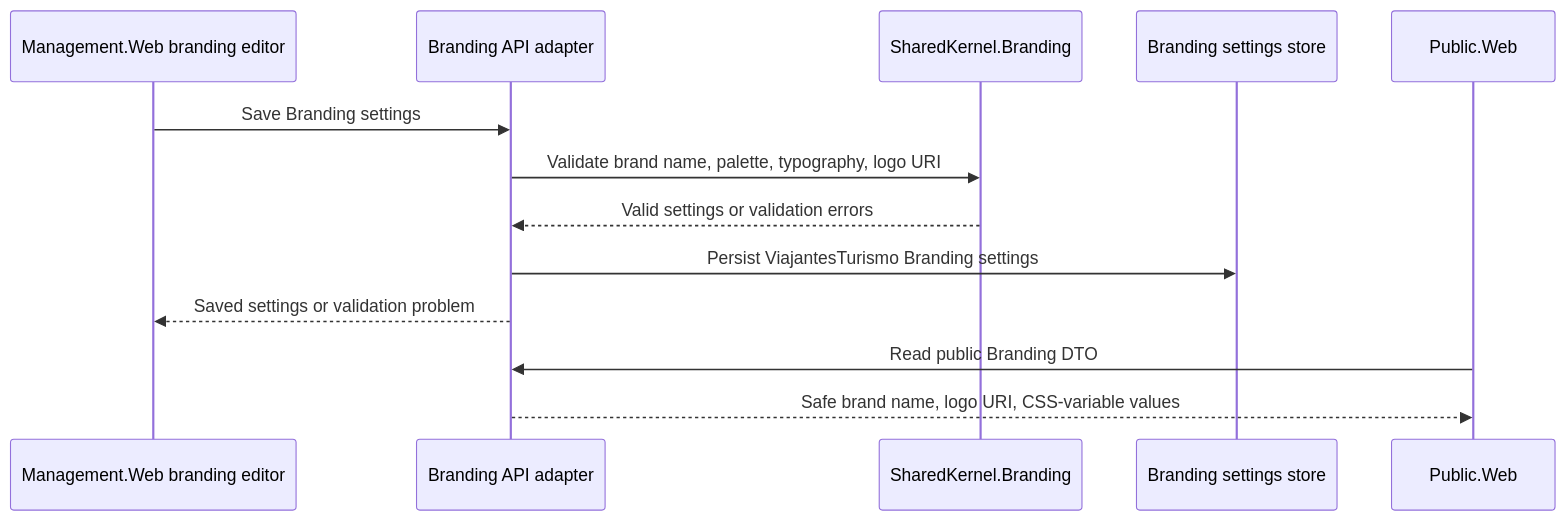
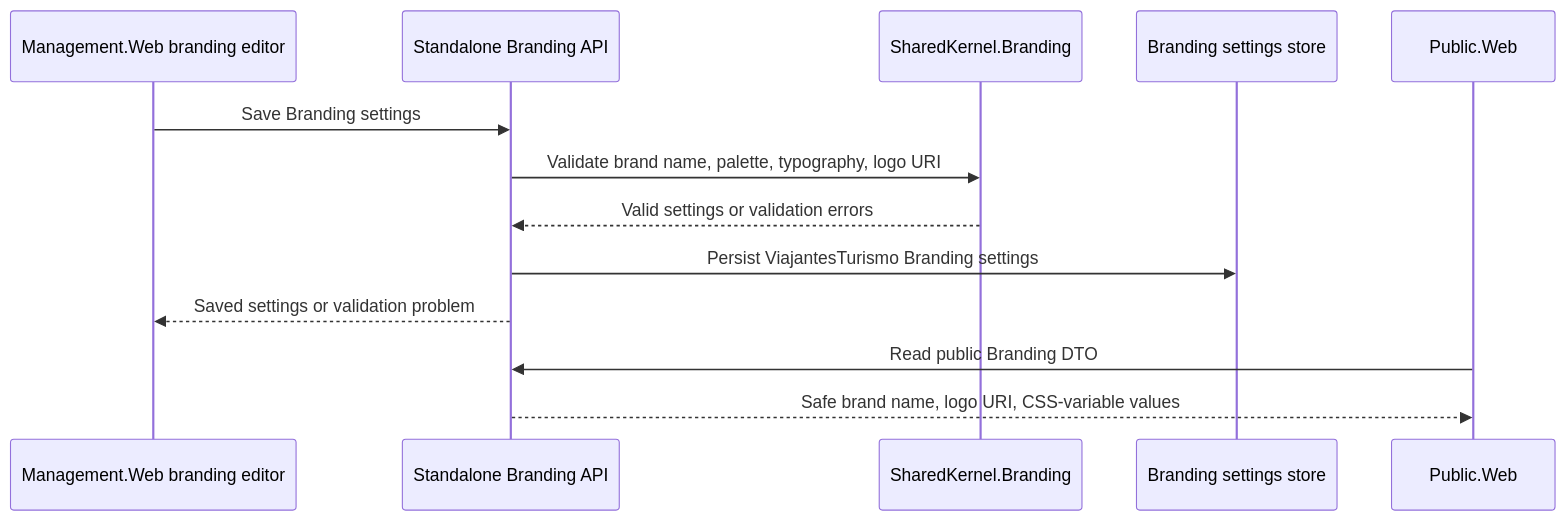
The ninth of 12 diagrams in docs/architecture/FLOWS.md (danigutsch/ViajantesTurismo), drawn with Mermaid before and after one commit. The commit also changed other lines of this file and 17 other files, not shown here.

Commit message:
docs(architecture): define branding module co-hosting

````diff
--- a/docs/architecture/FLOWS.md
+++ b/docs/architecture/FLOWS.md
@@ -314,16 +317,16 @@
 ```mermaid
 sequenceDiagram
     participant Editor as Management.Web branding editor
-    participant API as Branding API adapter
+    participant API as Standalone Branding API
     participant Core as SharedKernel.Branding
     participant Store as Branding settings store
     participant Public as Public.Web
 
     Editor->>API: Save Branding settings
     API->>Core: Validate brand name, palette, typography, logo URI
     Core-->>API: Valid settings or validation errors
     API->>Store: Persist ViajantesTurismo Branding settings
     API-->>Editor: Saved settings or validation problem
     Public->>API: Read public Branding DTO
     API-->>Public: Safe brand name, logo URI, CSS-variable values
 ```
````
